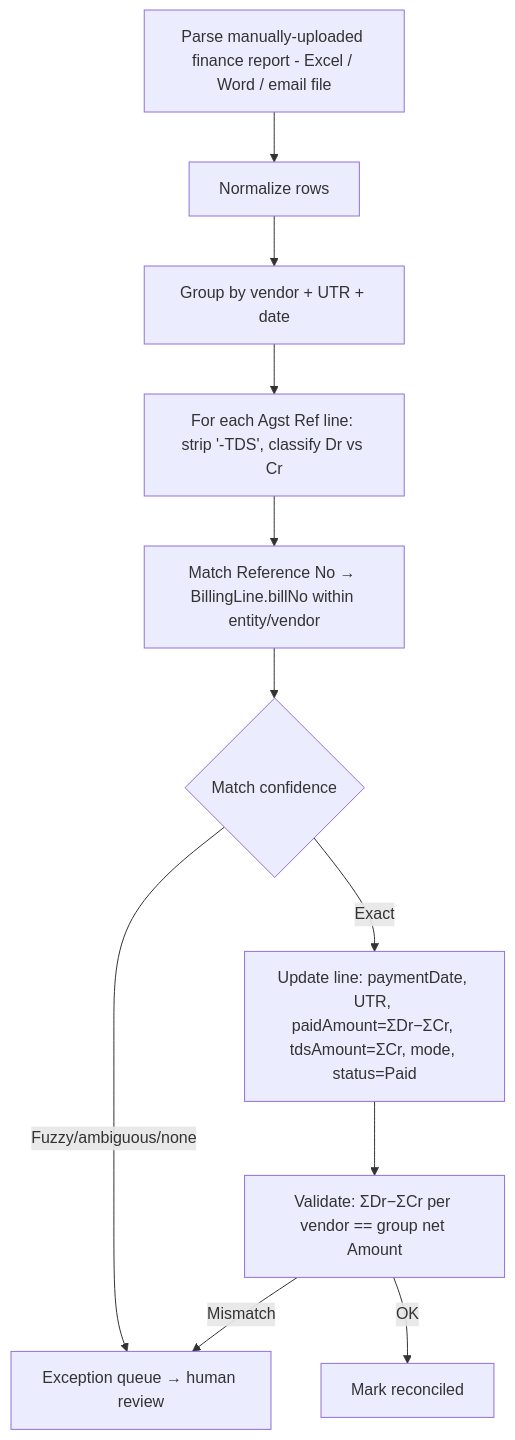
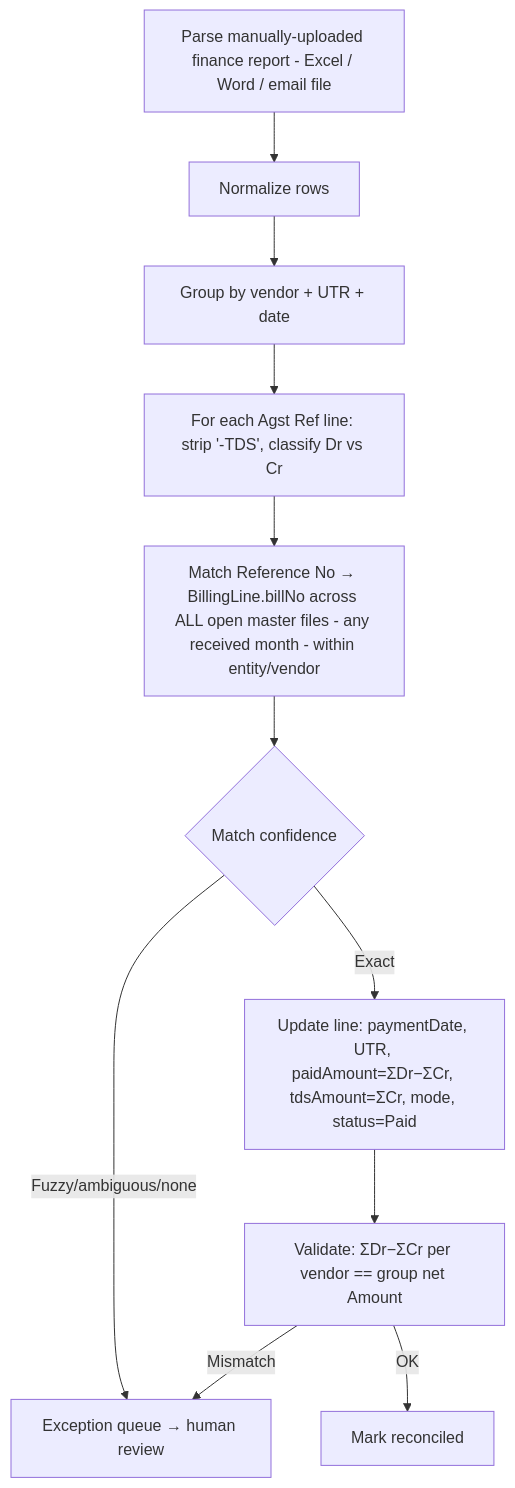
Before and after one commit to nileshpardeshi/oasis: the third of 7 diagrams in invoice.md, drawn with Mermaid. The commit also changed other lines of this file and 12 other files, not shown here.

First line of the commit message:
Invoicing: monthly master files, cross-month reconciliation, UX polish

````diff
--- a/invoice.md
+++ b/invoice.md
@@ -237,13 +237,13 @@
 ```mermaid
 flowchart TB
   P[Parse manually-uploaded finance report - Excel / Word / email file] --> N[Normalize rows]
   N --> G[Group by vendor + UTR + date]
   G --> L[For each Agst Ref line: strip '-TDS', classify Dr vs Cr]
-  L --> M[Match Reference No → BillingLine.billNo within entity/vendor]
+  L --> M[Match Reference No → BillingLine.billNo across ALL open master files - any received month - within entity/vendor]
   M --> C{Match confidence}
   C -->|Exact| UP[Update line: paymentDate, UTR, paidAmount=ΣDr−ΣCr, tdsAmount=ΣCr, mode, status=Paid]
   C -->|Fuzzy/ambiguous/none| EXC[Exception queue → human review]
   UP --> V[Validate: ΣDr−ΣCr per vendor == group net Amount]
   V -->|Mismatch| EXC
   V -->|OK| DONE[Mark reconciled]
 ```
````
